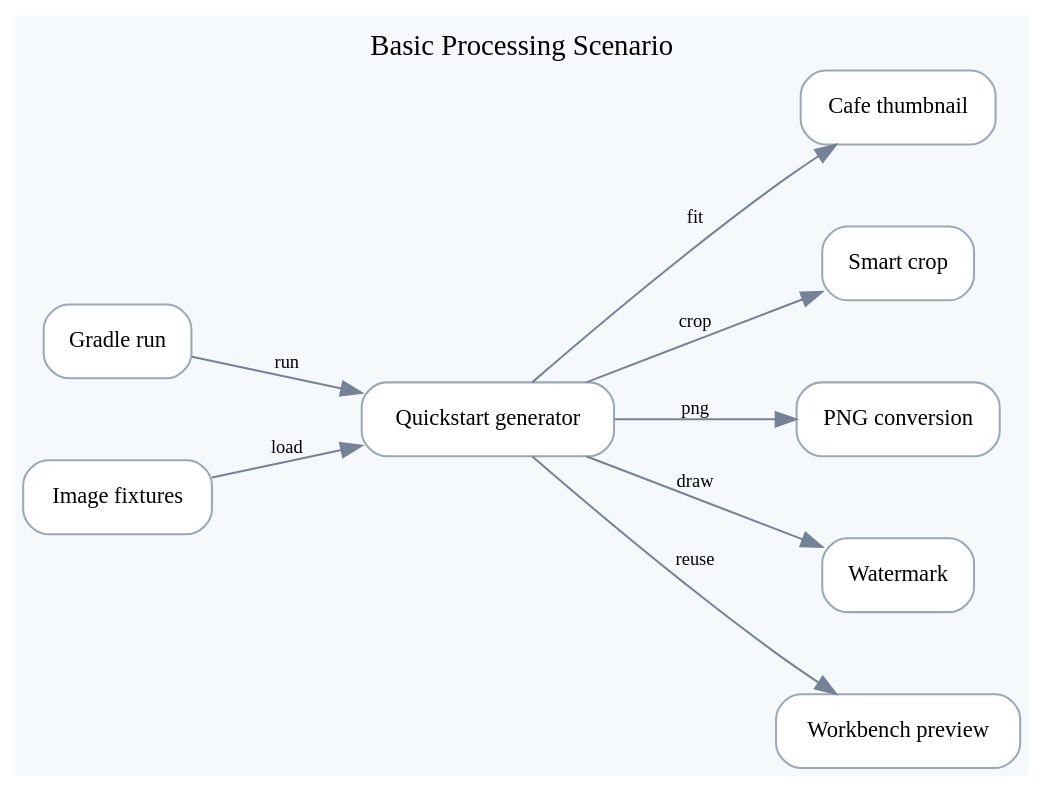
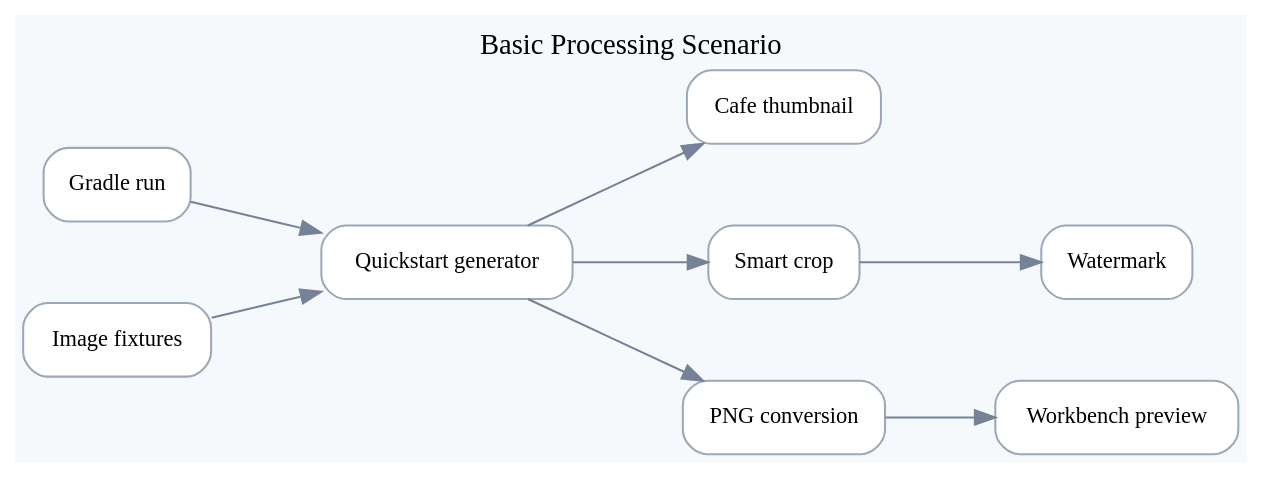
One commit to bluetape4k/bluetape4k-image changed the diagram in docs/images/readme-diagrams/examples-basic-processing-scenario-01.dot. Above: the diagram before and after it, drawn with Graphviz. The commit also changed 47 other files, not shown here.

First line of the commit message:
docs: make README diagrams readable at rendered size

```diff
--- a/docs/images/readme-diagrams/examples-basic-processing-scenario-01.dot
+++ b/docs/images/readme-diagrams/examples-basic-processing-scenario-01.dot
@@ -1,22 +1,22 @@
 digraph G {
   graph [rankdir=LR, bgcolor="#F6F9FC", margin=0.18, nodesep=0.55, ranksep=0.75];
   node [shape=box, style="rounded,filled", fillcolor="#FFFFFF", color="#9AA8B8", fontname="Comic Mono", fontsize=11];
   edge [color="#758297", fontname="Comic Mono", fontsize=9];
   label="Basic Processing Scenario";
   labelloc="t";
   "run" [label="Gradle run"];
   "fixtures" [label="Image fixtures"];
   "generator" [label="Quickstart generator"];
   "thumb" [label="Cafe thumbnail"];
   "crop" [label="Smart crop"];
   "convert" [label="PNG conversion"];
   "watermark" [label="Watermark"];
   "preview" [label="Workbench preview"];
-  "run" -> "generator" [label="run"];
-  "fixtures" -> "generator" [label="load"];
-  "generator" -> "thumb" [label="fit"];
-  "generator" -> "crop" [label="crop"];
-  "generator" -> "convert" [label="png"];
-  "generator" -> "watermark" [label="draw"];
-  "generator" -> "preview" [label="reuse"];
+  "run" -> "generator" [label=""];
+  "fixtures" -> "generator" [label=""];
+  "generator" -> "thumb" [label=""];
+  "generator" -> "crop" [label=""];
+  "generator" -> "convert" [label=""];
+  "crop" -> "watermark" [label=""];
+  "convert" -> "preview" [label=""];
 }
```
